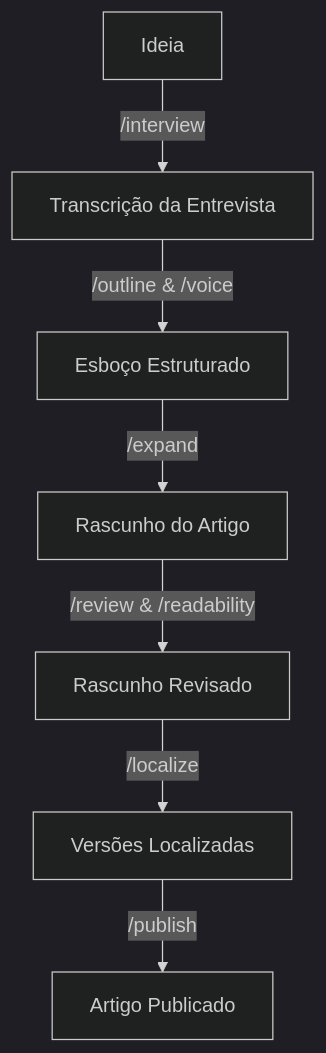
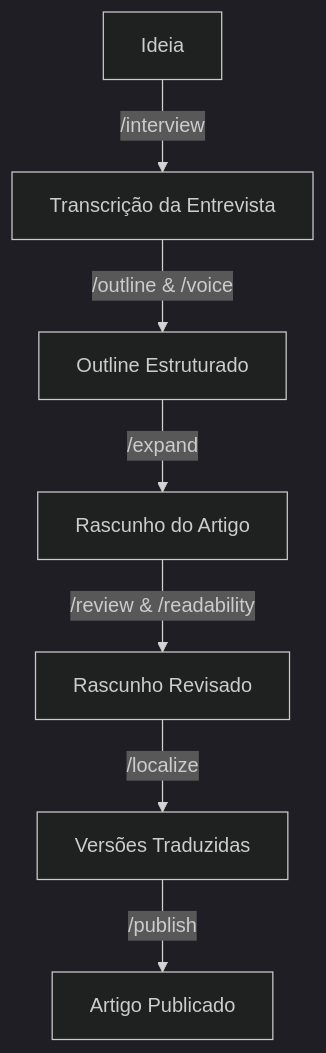
The diagram in content/posts/20250805-introducing-speedgrapher/index.pt-br.md (danicat/danicat.dev), drawn with Mermaid (dark theme) before and after one commit. The commit also changed other lines of this file and 43 other files, not shown here.

```diff
--- a/content/posts/20250805-introducing-speedgrapher/index.pt-br.md
+++ b/content/posts/20250805-introducing-speedgrapher/index.pt-br.md
@@ -131,9 +131,9 @@
 {{< mermaid >}}
 flowchart TD
     A[Ideia] -->|/interview| B[Transcrição da Entrevista]
-    B -->|/outline & /voice| C[Esboço Estruturado]
+    B -->|/outline & /voice| C[Outline Estruturado]
     C -->|/expand| D[Rascunho do Artigo]
     D -->|/review & /readability| E[Rascunho Revisado]
-    E -->|/localize| F[Versões Localizadas]
+    E -->|/localize| F[Versões Traduzidas]
     F -->|/publish| G[Artigo Publicado]
 {{< /mermaid >}}
```
